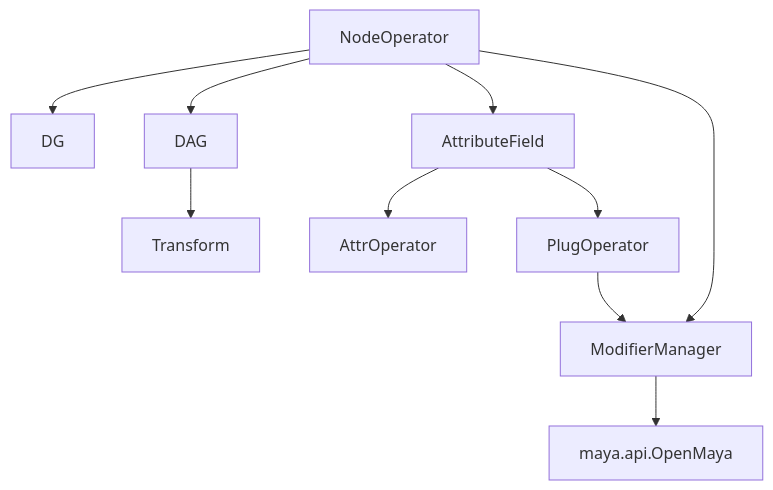
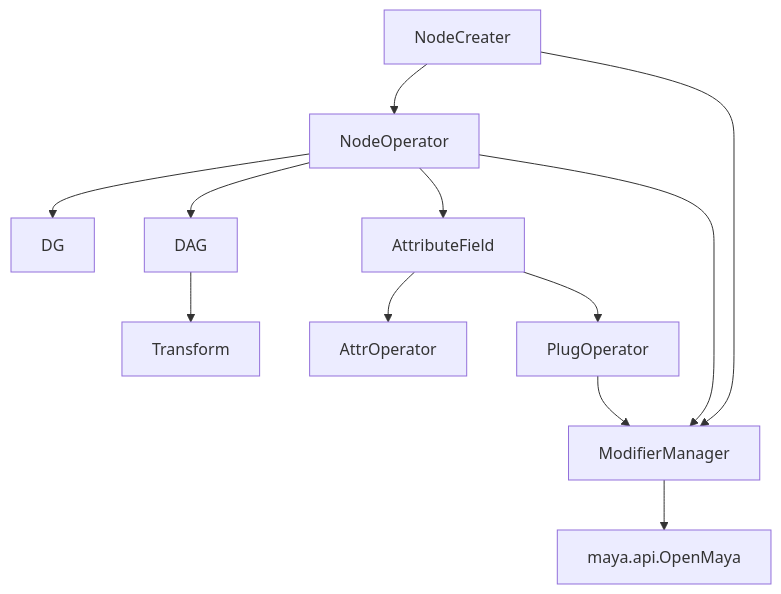
Before and after one commit to AkihiroMamiduka/bakedanuki-util: the diagram in docs/maya/node_operator/README.md, drawn with Mermaid. The commit also changed other lines of this file and 4 other files, not shown here.

Commit message:
feat: NodeCreater クラス追加。 こちらのクラス経由で各ノードの作成ができるよう、各ノード名に対応。

````diff
--- a/docs/maya/node_operator/README.md
+++ b/docs/maya/node_operator/README.md
@@ -40,22 +42,25 @@
 ```mermaid
 flowchart TD
     NodeOperator["NodeOperator"]
     DG["DG"]
     DAG["DAG"]
     Transform["Transform"]
     AttributeField["AttributeField"]
     AttrOperator["AttrOperator"]
     PlugOperator["PlugOperator"]
     ModifierManager["ModifierManager"]
+    NodeCreater["NodeCreater"]
     OpenMaya["maya.api.OpenMaya"]
 
+    NodeCreater --> NodeOperator
+    NodeCreater --> ModifierManager
     NodeOperator --> DG
     NodeOperator --> DAG
     DAG --> Transform
     NodeOperator --> AttributeField
     AttributeField --> AttrOperator
     AttributeField --> PlugOperator
     PlugOperator --> ModifierManager
     NodeOperator --> ModifierManager
     ModifierManager --> OpenMaya
 ```
````
